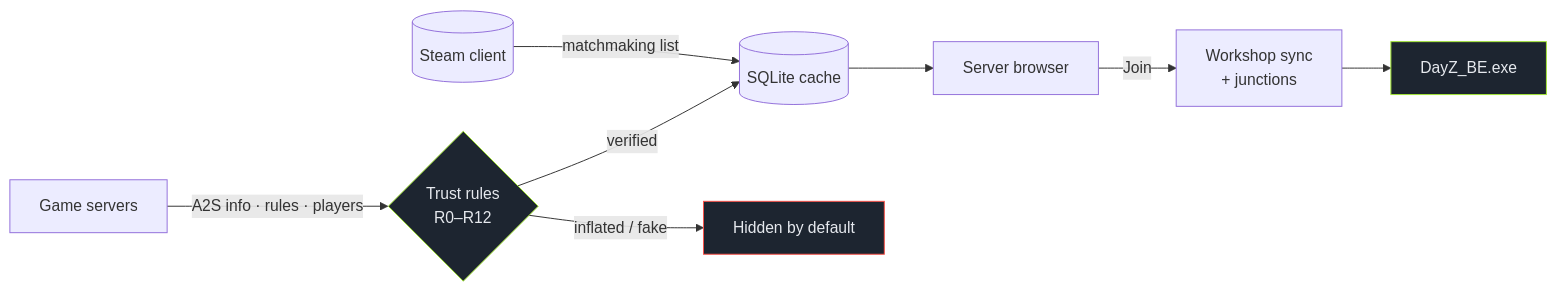
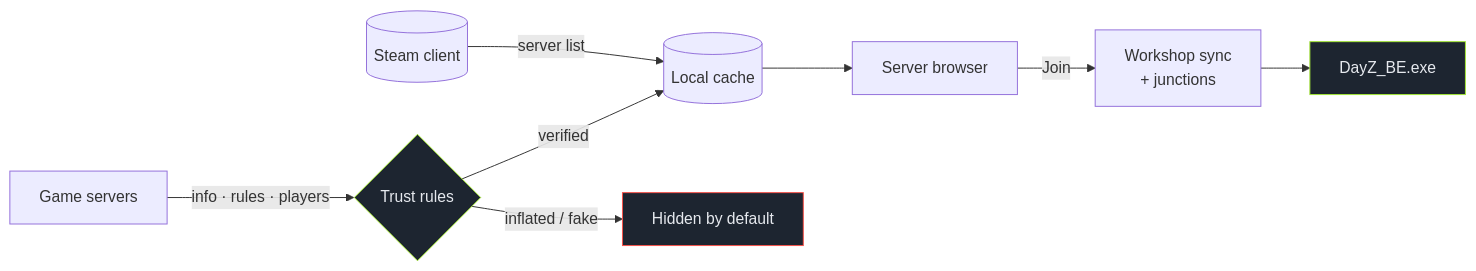
The diagram in README.md (NobbyBo11ocks/DayZ-Launcher), drawn with Mermaid before and after one commit. The commit also changed other lines of this file and 16 other files, not shown here.

````diff
--- a/README.md
+++ b/README.md
@@ -184,13 +262,13 @@
 ```mermaid
 flowchart LR
-  Steam[("Steam client")] -- matchmaking list --> Cache[("SQLite cache")]
-  Servers["Game servers"] -- "A2S info · rules · players" --> Verify{"Trust rules<br/>R0–R12"}
+  Steam[("Steam client")] -- server list --> Cache[("Local cache")]
+  Servers["Game servers"] -- "info · rules · players" --> Verify{"Trust rules"}
   Verify -- verified --> Cache
   Verify -- inflated / fake --> Hidden["Hidden by default"]
   Cache --> UI["Server browser"]
   UI -- Join --> Sync["Workshop sync<br/>+ junctions"] --> BE["DayZ_BE.exe"]
 
   style Verify fill:#1d2530,stroke:#a3e635,color:#e6e9ee
   style Hidden fill:#1d2530,stroke:#f85149,color:#e6e9ee
   style BE fill:#1d2530,stroke:#a3e635,color:#e6e9ee
 ```
````
